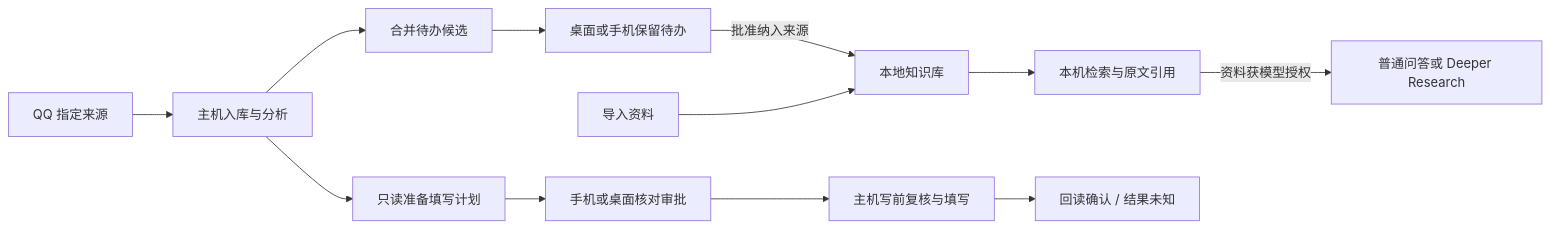
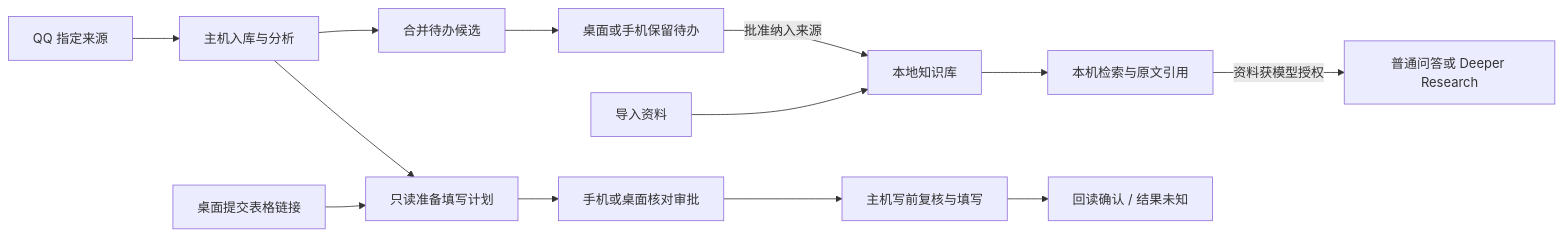
The diagram in README.md (luojie286/Campus_Desk), drawn with Mermaid before and after one commit. The commit also changed other lines of this file and 39 other files, not shown here.

````diff
--- a/README.md
+++ b/README.md
@@ -107,14 +103,15 @@
 ```mermaid
 flowchart LR
     Q[QQ 指定来源] --> H[主机入库与分析]
     H --> T[合并待办候选]
     T --> K[桌面或手机保留待办]
     K -->|批准纳入来源| L[本地知识库]
     D[导入资料] --> L
     L --> R[本机检索与原文引用]
     R -->|资料获模型授权| S[普通问答或 Deeper Research]
     H --> P[只读准备填写计划]
+    M[桌面提交表格链接] --> P
     P --> A[手机或桌面核对审批]
     A --> W[主机写前复核与填写]
     W --> V[回读确认 / 结果未知]
 ```
````
